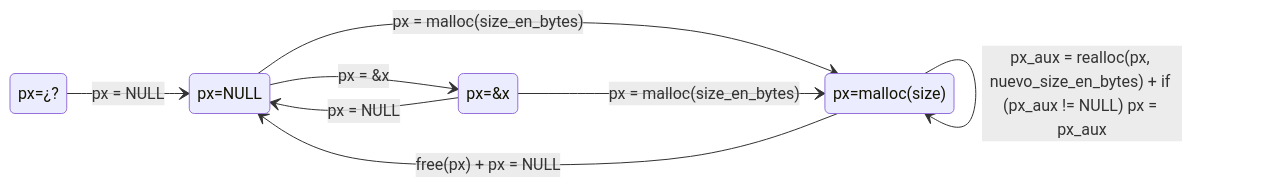
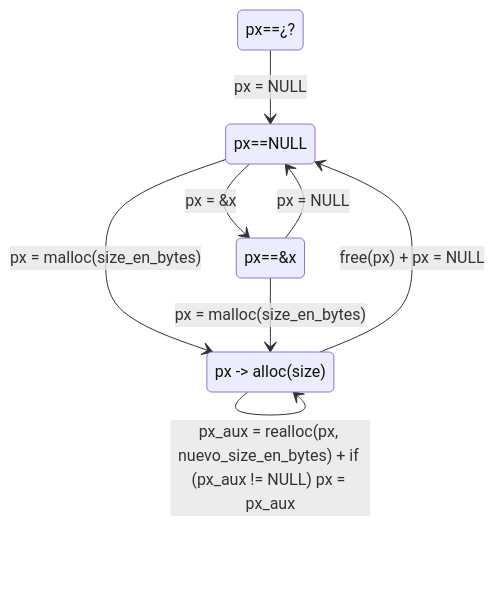
One commit to acaldero/uc3m_c changed the third of 3 diagrams in lab-c.md. Above: the diagram before and after it, drawn with Mermaid. The commit also changed other lines of this file, not shown here.

````diff
--- a/lab-c.md
+++ b/lab-c.md
@@ -442,16 +446,16 @@
   ```mermaid
     stateDiagram-v2
-    direction LR
-    state "px=¿?"              as px_xx
-    state "px=NULL"            as px_null
-    state "px=&x"              as px_atx
-    state "px=malloc(size)"    as px_alloc
+    direction TB
+    state "px==¿?"             as px_xx
+    state "px==NULL"           as px_null
+    state "px==&x"             as px_atx
+    state "px -> alloc(size)"  as px_alloc
 
     px_xx     --> px_null:  px = NULL
     px_null   --> px_atx:   px = &x
     px_atx    --> px_null:  px = NULL
     px_null   --> px_alloc: px = malloc(size_en_bytes)
     px_alloc  --> px_null:  free(px) + px = NULL
     px_alloc  --> px_alloc: px_aux = realloc(px, nuevo_size_en_bytes) + if (px_aux != NULL) px = px_aux
     px_atx    --> px_alloc: px = malloc(size_en_bytes)
   ```
````
